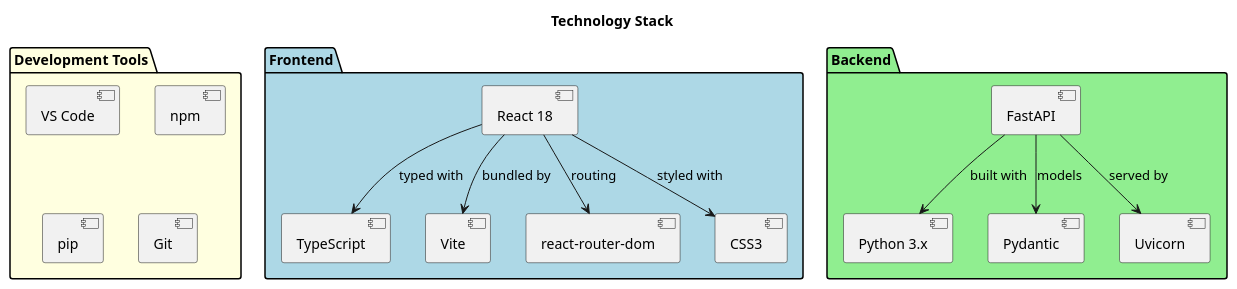
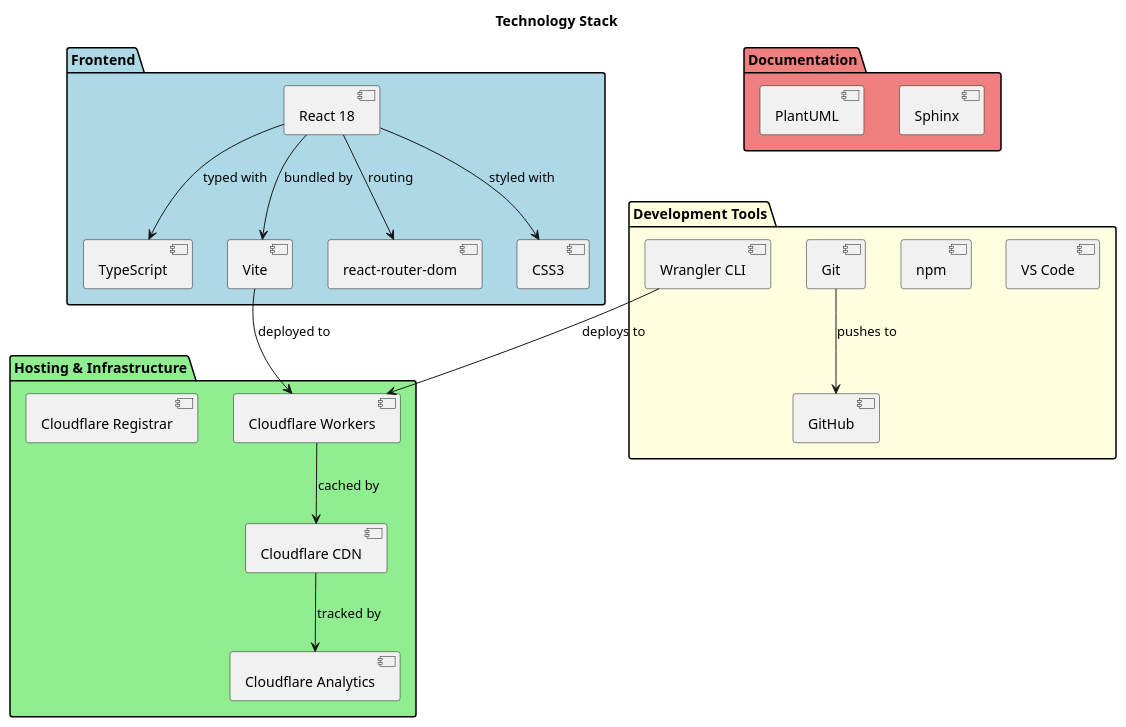
Before and after one commit to kaleex/cv: the diagram in docs/07_tech_stack.puml, drawn with PlantUML. The commit also changed 20 other files, not shown here.

First line of the commit message:
docs: update documentation for static architecture

```diff
--- a/docs/07_tech_stack.puml
+++ b/docs/07_tech_stack.puml
@@ -1,35 +1,44 @@
 @startuml Tech_Stack
 title Technology Stack
 
 package "Frontend" #LightBlue {
     component "React 18" as react
     component "TypeScript" as ts
     component "Vite" as vite
     component "react-router-dom" as router
     component "CSS3" as css
 }
 
-package "Backend" #LightGreen {
-    component "Python 3.x" as python
-    component "FastAPI" as fastapi
-    component "Pydantic" as pydantic
-    component "Uvicorn" as uvicorn
+package "Hosting & Infrastructure" #LightGreen {
+    component "Cloudflare Workers" as workers
+    component "Cloudflare CDN" as cdn
+    component "Cloudflare Analytics" as analytics
+    component "Cloudflare Registrar" as registrar
 }
 
 package "Development Tools" #LightYellow {
     component "VS Code" as vscode
     component "npm" as npm
-    component "pip" as pip
+    component "Wrangler CLI" as wrangler
     component "Git" as git
+    component "GitHub" as github
+}
+
+package "Documentation" #LightCoral {
+    component "Sphinx" as sphinx
+    component "PlantUML" as plantuml
 }
 
 react --> ts : typed with
 react --> vite : bundled by
 react --> router : routing
 react --> css : styled with
 
-fastapi --> python : built with
-fastapi --> pydantic : models
-fastapi --> uvicorn : served by
+vite --> workers : deployed to
+workers --> cdn : cached by
+cdn --> analytics : tracked by
+
+wrangler --> workers : deploys to
+git --> github : pushes to
 
 @enduml
```
